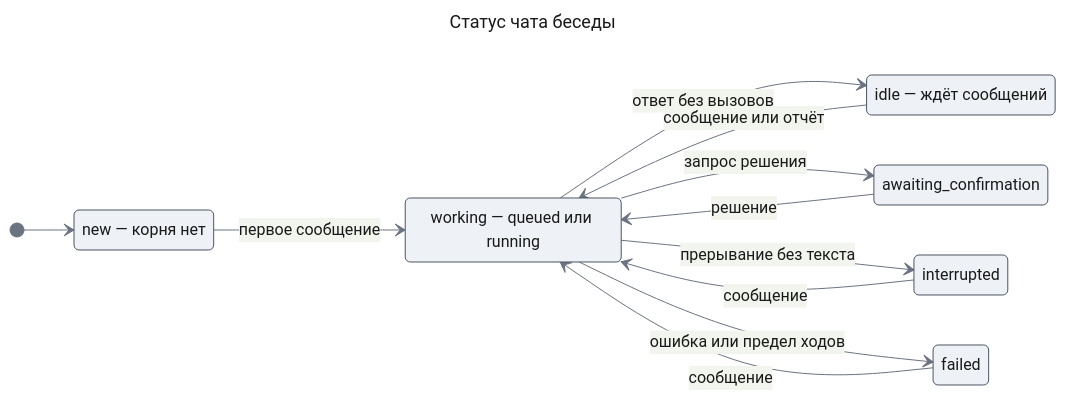
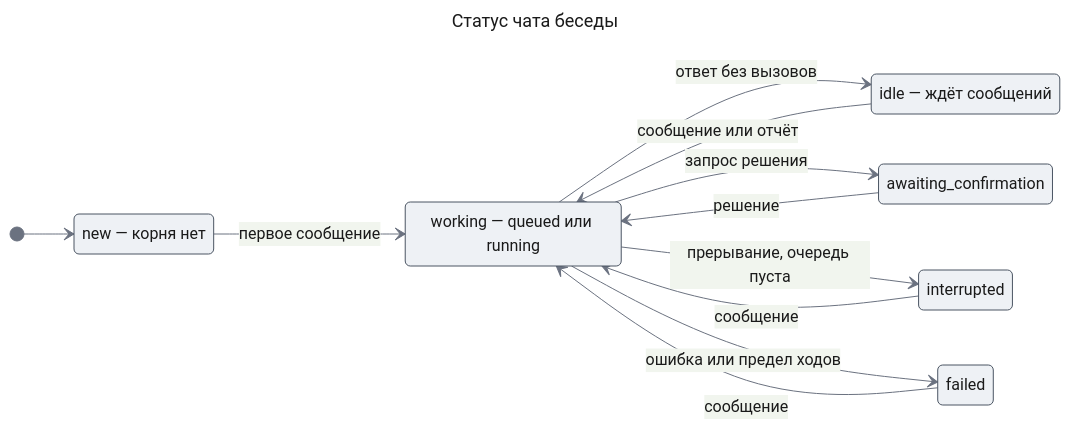
Before and after one commit to tundraray/agent-os: the tenth of 10 diagrams in docs/features/agent-platform/design-chat.md, drawn with Mermaid. The commit also changed other lines of this file and 528 other files, not shown here.

````diff
--- a/docs/features/agent-platform/design-chat.md
+++ b/docs/features/agent-platform/design-chat.md
@@ -778,31 +778,31 @@
 ```mermaid
 ---
 title: "Статус чата беседы"
 config:
   theme: base
   look: classic
   themeVariables:
     primaryColor: "#eef1f5"
     primaryBorderColor: "#4b5563"
     primaryTextColor: "#1a1a1a"
     lineColor: "#6b7280"
 ---
 stateDiagram-v2
     direction LR
     state "new — корня нет" as nw
     state "working — queued или running" as wk
     state "idle — ждёт сообщений" as id
     state "awaiting_confirmation" as aw
     state "interrupted" as ir
     state "failed" as fl
     [*] --> nw
     nw --> wk: первое сообщение
     wk --> id: ответ без вызовов
     id --> wk: сообщение или отчёт
     wk --> aw: запрос решения
     aw --> wk: решение
-    wk --> ir: прерывание без текста
+    wk --> ir: прерывание, очередь пуста
     ir --> wk: сообщение
     wk --> fl: ошибка или предел ходов
     fl --> wk: сообщение
 ```
````
